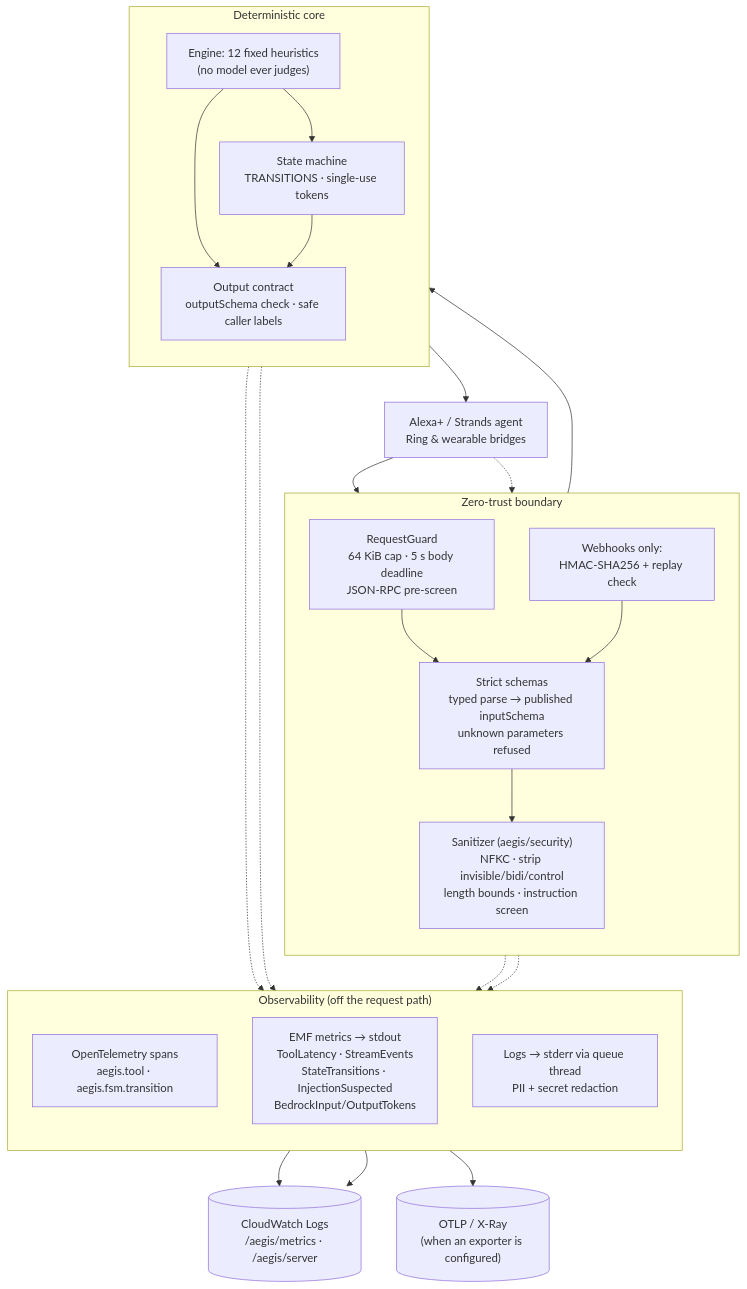
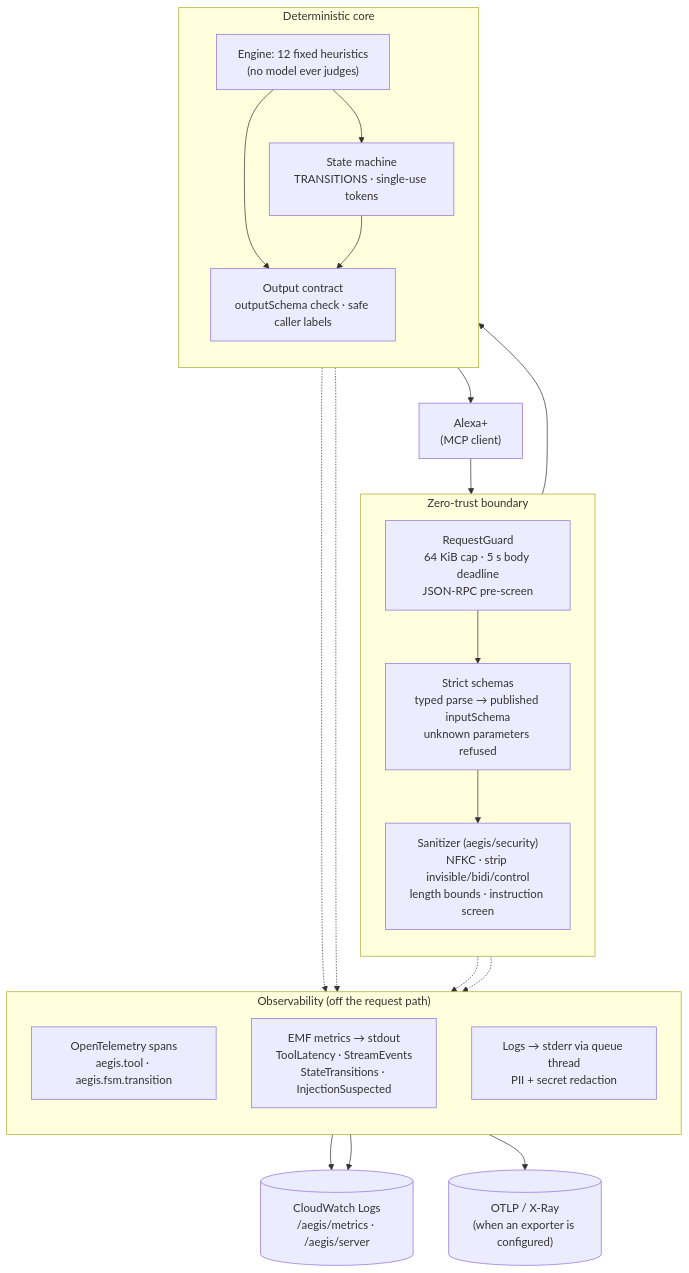
The third of 3 diagrams in README.md (utlityapps/aegis-mcp), drawn with Mermaid before and after one commit. The commit also changed other lines of this file and 34 other files, not shown here.

````diff
--- a/README.md
+++ b/README.md
@@ -319,40 +290,38 @@
 ```mermaid
 flowchart TB
-    client["Alexa+ / Strands agent<br/>Ring & wearable bridges"]
+    client["Alexa+<br/>(MCP client)"]
 
     subgraph boundary["Zero-trust boundary"]
         direction TB
         guard["RequestGuard<br/>64 KiB cap · 5 s body deadline<br/>JSON-RPC pre-screen"]
-        sig["Webhooks only:<br/>HMAC-SHA256 + replay check"]
         schema["Strict schemas<br/>typed parse → published inputSchema<br/>unknown parameters refused"]
         clean["Sanitizer (aegis/security)<br/>NFKC · strip invisible/bidi/control<br/>length bounds · instruction screen"]
     end
 
     subgraph core["Deterministic core"]
         direction TB
         engine["Engine: 12 fixed heuristics<br/>(no model ever judges)"]
         fsm["State machine<br/>TRANSITIONS · single-use tokens"]
         out["Output contract<br/>outputSchema check · safe caller labels"]
     end
 
     subgraph telemetry["Observability (off the request path)"]
         direction TB
         otel["OpenTelemetry spans<br/>aegis.tool · aegis.fsm.transition"]
-        emf["EMF metrics → stdout<br/>ToolLatency · StreamEvents<br/>StateTransitions · InjectionSuspected<br/>BedrockInput/OutputTokens"]
+        emf["EMF metrics → stdout<br/>ToolLatency · StreamEvents<br/>StateTransitions · InjectionSuspected"]
         logs["Logs → stderr via queue thread<br/>PII + secret redaction"]
     end
 
     cw[("CloudWatch Logs<br/>/aegis/metrics · /aegis/server")]
     xray[("OTLP / X-Ray<br/>(when an exporter is configured)")]
 
     client --> guard --> schema --> clean --> engine --> out --> client
-    client -.-> sig --> schema
     engine --> fsm --> out
     guard -.-> emf
     out -.-> otel
     fsm -.-> otel
     clean -.-> emf
     emf --> cw
     logs --> cw
     otel --> xray
 ```
````
